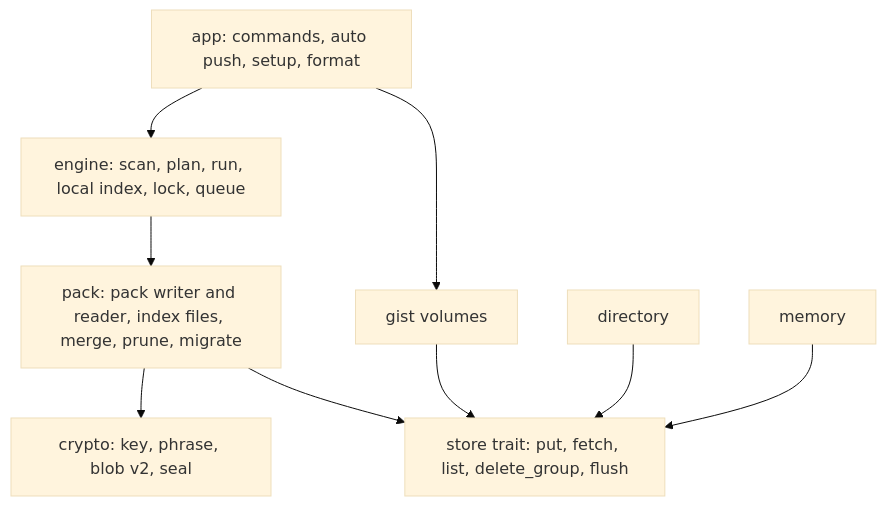
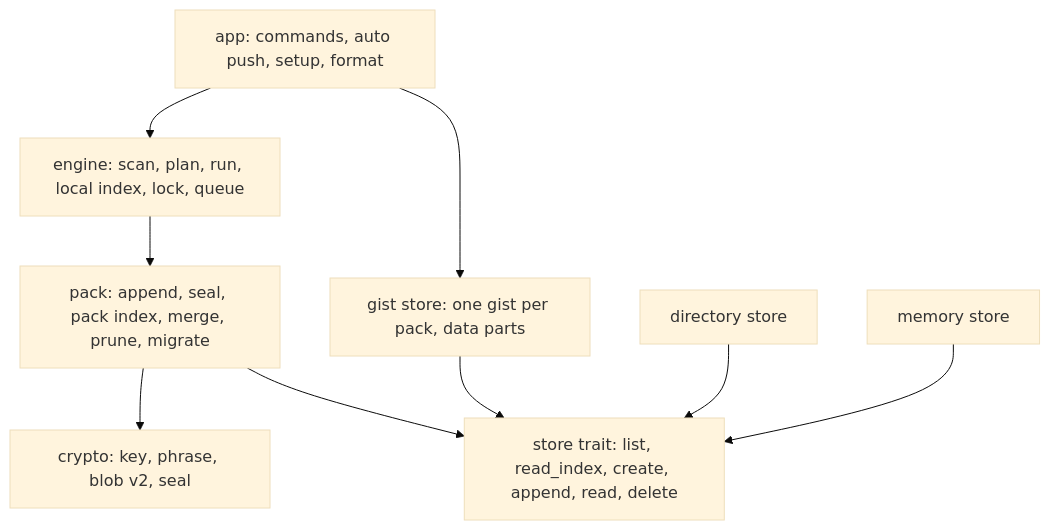
The sixth of 10 diagrams in .state/feature-sync-gist/ADR.md (thiscantbeserious/agent-session-recorder), drawn with Mermaid (base theme) before and after one commit. The commit also changed other lines of this file, not shown here.

Commit message:
docs(docs): pack layer ADR reworked to one gist per pack, append-only open pack and index per pack

````diff
--- a/.state/feature-sync-gist/ADR.md
+++ b/.state/feature-sync-gist/ADR.md
@@ -1341,11 +1341,11 @@
 ```mermaid
 flowchart TD
     app[app: commands, auto push, setup, format] --> engine[engine: scan, plan, run, local index, lock, queue]
-    engine --> pack[pack: pack writer and reader, index files, merge, prune, migrate]
+    engine --> pack[pack: append, seal, pack index, merge, prune, migrate]
     pack --> crypto[crypto: key, phrase, blob v2, seal]
-    pack --> store[store trait: put, fetch, list, delete_group, flush]
-    gist[gist volumes] --> store
-    dir[directory] --> store
-    mem[memory] --> store
+    pack --> store[store trait: list, read_index, create, append, read, delete]
+    gist[gist store: one gist per pack, data parts] --> store
+    dir[directory store] --> store
+    mem[memory store] --> store
     app --> gist
 ```
````
